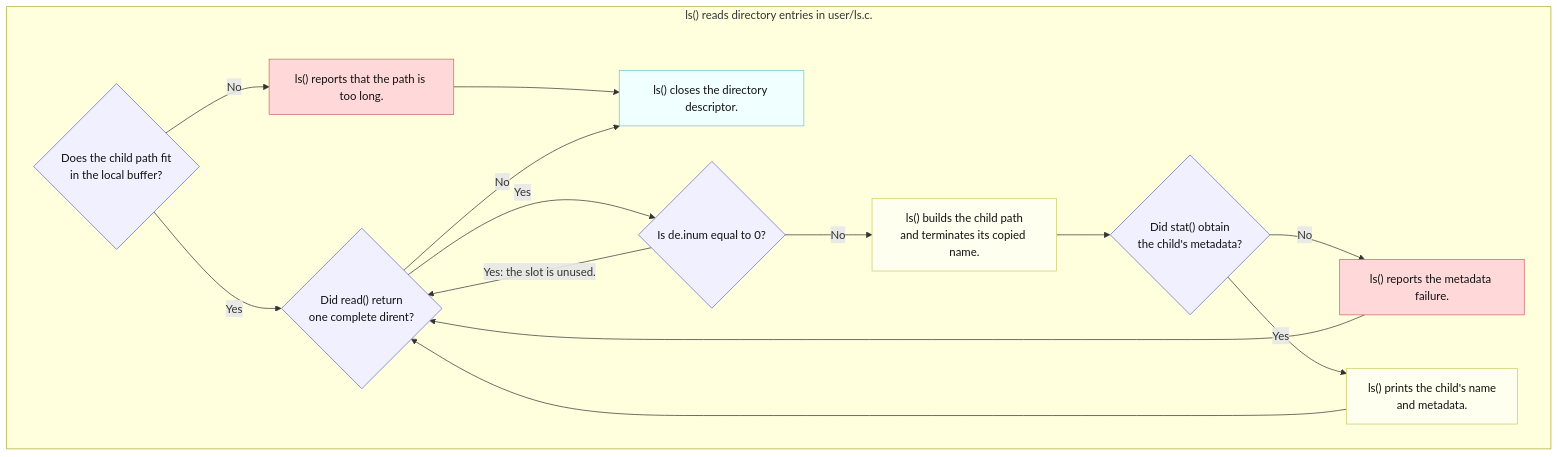
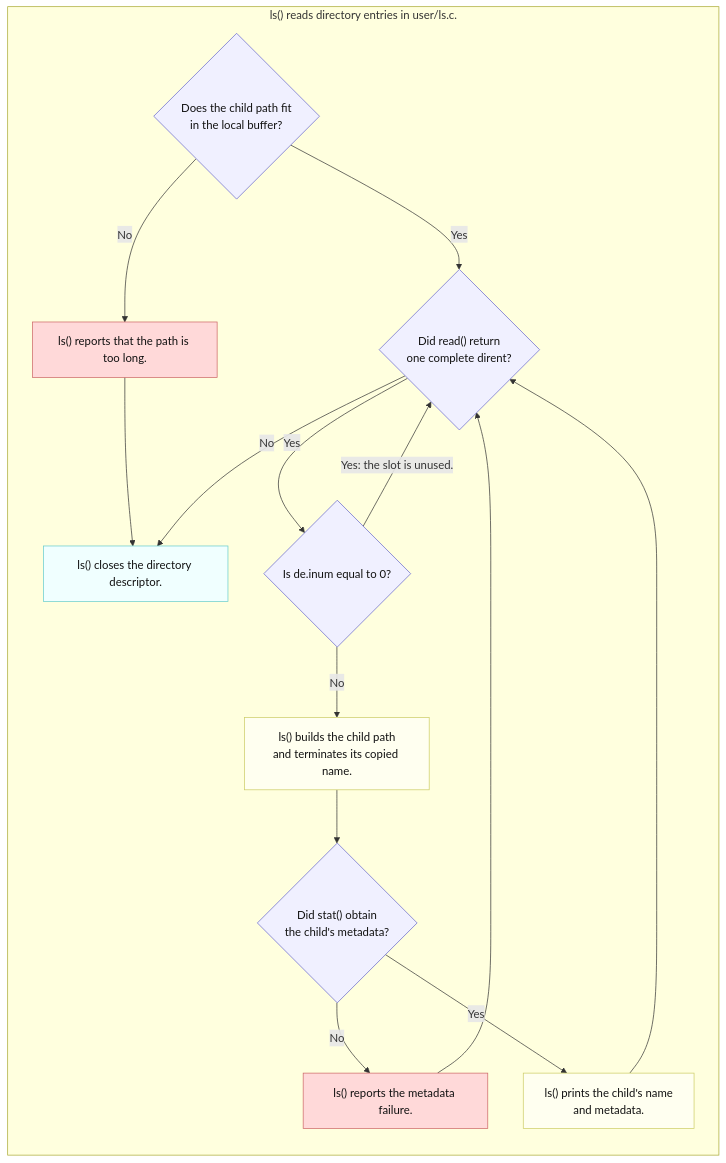
Before and after one commit to cv47522/xv6-riscv: the first of 2 diagrams in docs/labs/04-util-find.md, drawn with Mermaid. The commit also changed other lines of this file and 3 other files, not shown here.

````diff
--- a/docs/labs/04-util-find.md
+++ b/docs/labs/04-util-find.md
@@ -75,26 +75,27 @@
 ```mermaid
 flowchart TD
     subgraph L["ls() reads directory entries in user/ls.c."]
+        direction TB
         A{"Does the child path fit<br/>in the local buffer?"}
         A -->|No| X["ls() reports that the path is too long."]
         X --> Z["ls() closes the directory descriptor."]
         A -->|Yes| B{"Did read() return<br/>one complete dirent?"}
         B -->|No| Z
         B -->|Yes| C{"Is de.inum equal to 0?"}
         C -->|"Yes: the slot is unused."| B
         C -->|No| D["ls() builds the child path<br/>and terminates its copied name."]
         D --> E{"Did stat() obtain<br/>the child's metadata?"}
         E -->|No| F["ls() reports the metadata failure."]
         E -->|Yes| G["ls() prints the child's name<br/>and metadata."]
         F --> B
         G --> B
     end
     classDef routing fill:#f0f0ff,stroke:#66c,color:#111
     classDef processing fill:#fffff0,stroke:#cc6,color:#111
     classDef commit fill:#f0ffff,stroke:#6cc,color:#111
     classDef failure fill:#ffd9d9,stroke:#c66,color:#111
     class A,B,C,E routing
     class D,G processing
     class Z commit
     class X,F failure
 ```
````
